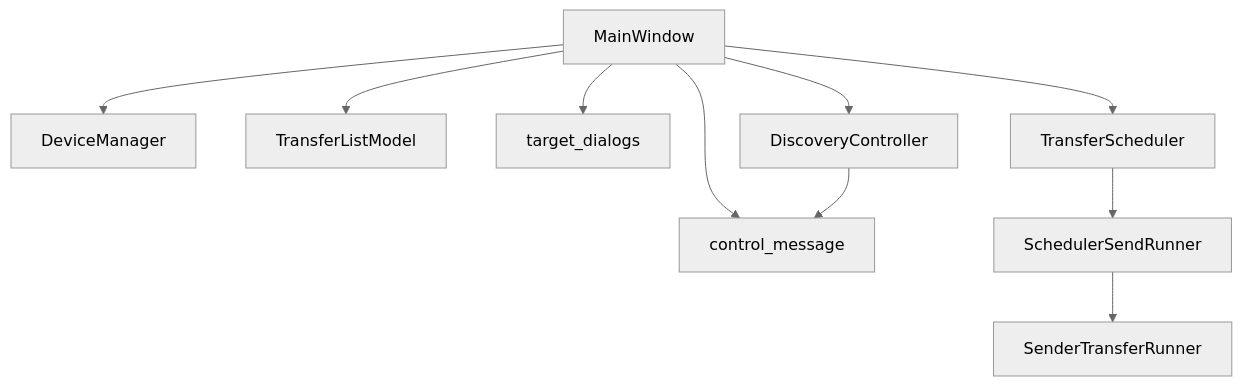
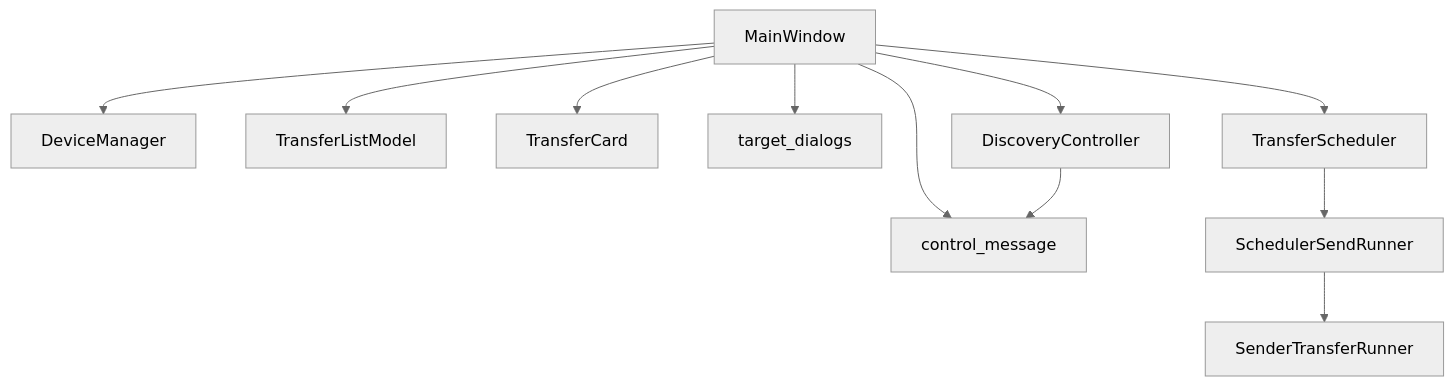
One commit to dengzhongyuan365-dev/filetransfer changed diagram 19 of 20 in docs/development-log.zh_CN.md. Above: the diagram before and after it, drawn with Mermaid (neutral theme). The commit also changed other lines of this file and 10 other files, not shown here.

Commit message:
refactor: extract transfer card widget

````diff
--- a/docs/development-log.zh_CN.md
+++ b/docs/development-log.zh_CN.md
@@ -1144,12 +1144,13 @@
 ```mermaid
 graph TD
     A["MainWindow"] --> B["DeviceManager"]
     A --> C["TransferListModel"]
+    A --> J["TransferCard"]
     A --> D["target_dialogs"]
     A --> E["control_message"]
     A --> I["DiscoveryController"]
     I --> E
     A --> F["TransferScheduler"]
     F --> G["SchedulerSendRunner"]
     G --> H["SenderTransferRunner"]
 ```
````
